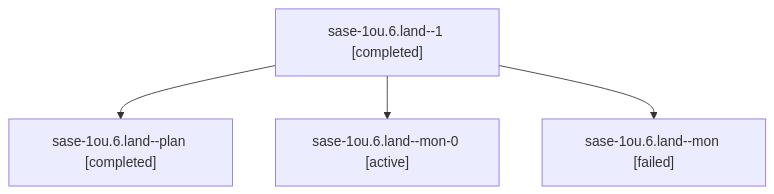
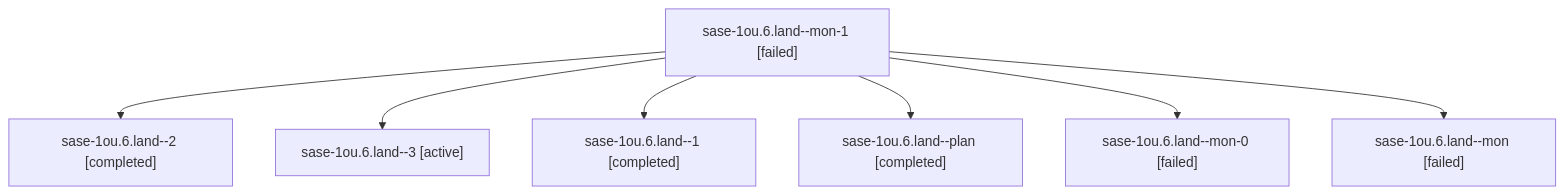
One commit to sase-org/sase--agents changed the diagram in sessions/bbugyi200.athena.sase-1ou.6.land.md. Above: the diagram before and after it, drawn with Mermaid. The commit also changed other lines of this file and 89 other files, not shown here.

````diff
--- a/sessions/bbugyi200.athena.sase-1ou.6.land.md
+++ b/sessions/bbugyi200.athena.sase-1ou.6.land.md
@@ -9,10 +9,16 @@
 ```mermaid
 flowchart TD
-  n0["sase-1ou.6.land--1 [completed]"]
-  n1["sase-1ou.6.land--plan [completed]"]
+  n0["sase-1ou.6.land--mon-1 [failed]"]
+  n1["sase-1ou.6.land--2 [completed]"]
   n0 --> n1
-  n2["sase-1ou.6.land--mon-0 [active]"]
+  n2["sase-1ou.6.land--3 [active]"]
   n0 --> n2
-  n3["sase-1ou.6.land--mon [failed]"]
+  n3["sase-1ou.6.land--1 [completed]"]
   n0 --> n3
+  n4["sase-1ou.6.land--plan [completed]"]
+  n0 --> n4
+  n5["sase-1ou.6.land--mon-0 [failed]"]
+  n0 --> n5
+  n6["sase-1ou.6.land--mon [failed]"]
+  n0 --> n6
 ```
````
